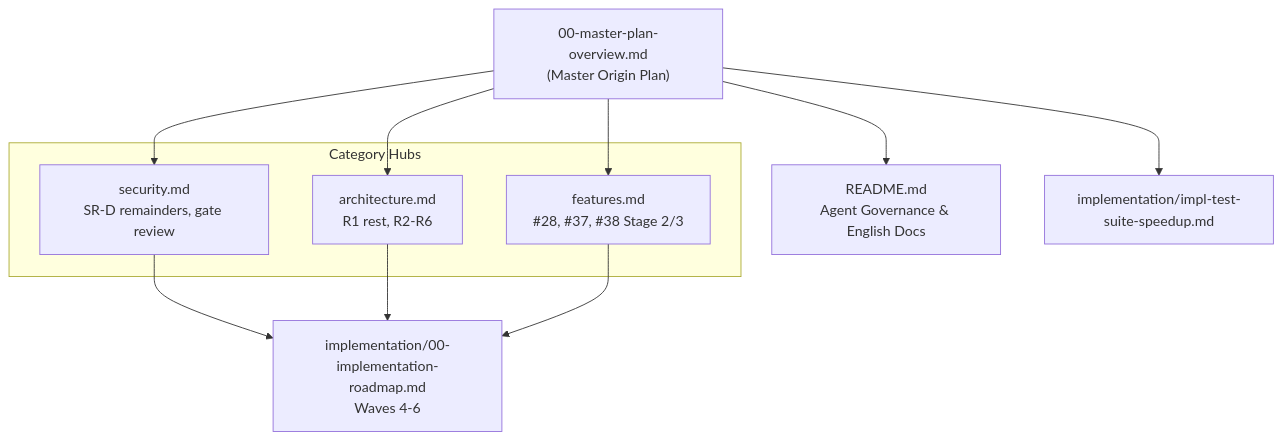
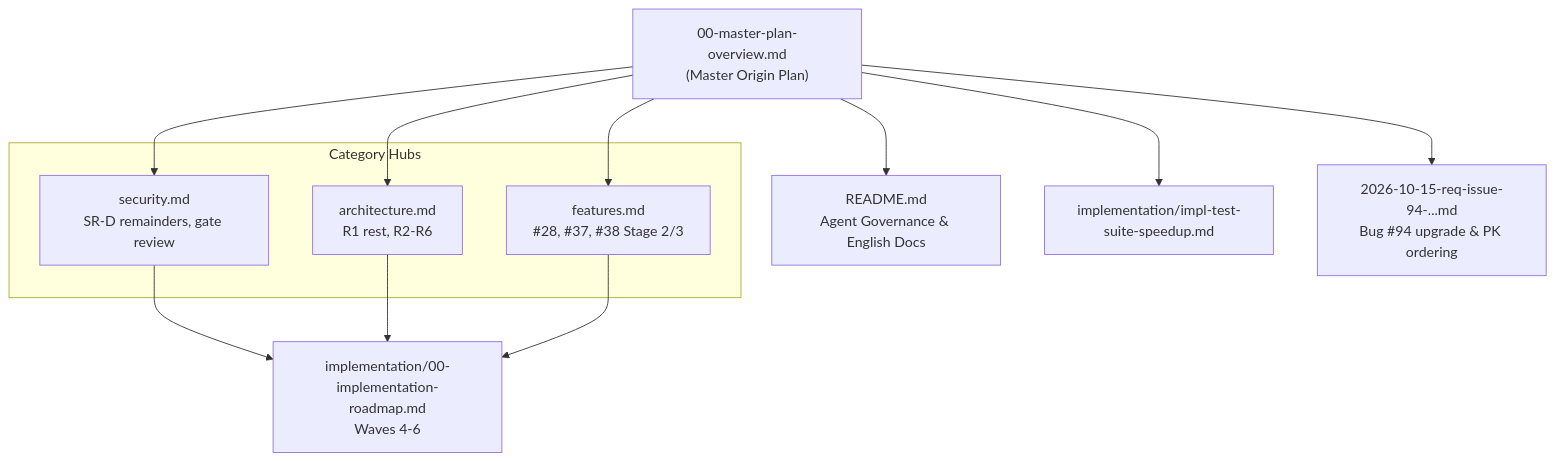
The diagram in docs/plans/00-master-plan-overview.md (themulle/autheris), drawn with Mermaid before and after one commit. The commit also changed other lines of this file and 1 other file, not shown here.

Commit message:
docs(plans): PRD for issue #94 upgrade migration and primary-key ordering (REQ-GOV-94)

````diff
--- a/docs/plans/00-master-plan-overview.md
+++ b/docs/plans/00-master-plan-overview.md
@@ -43,23 +44,25 @@
 ```mermaid
 flowchart TD
     MP["00-master-plan-overview.md<br/>(Master Origin Plan)"]
     AG["README.md<br/>Agent Governance & English Docs"]
     IR["implementation/00-implementation-roadmap.md<br/>Waves 4-6"]
 
     subgraph Categories ["Category Hubs"]
         SR["security.md<br/>SR-D remainders, gate review"]
         AR["architecture.md<br/>R1 rest, R2-R6"]
         FT["features.md<br/>#28, #37, #38 Stage 2/3"]
     end
 
     TS["implementation/impl-test-suite-speedup.md"]
+    B94["2026-10-15-req-issue-94-...md<br/>Bug #94 upgrade & PK ordering"]
 
     MP --> AG
     MP --> SR
     MP --> AR
     MP --> FT
     MP --> TS
+    MP --> B94
     SR --> IR
     AR --> IR
     FT --> IR
 ```
````
